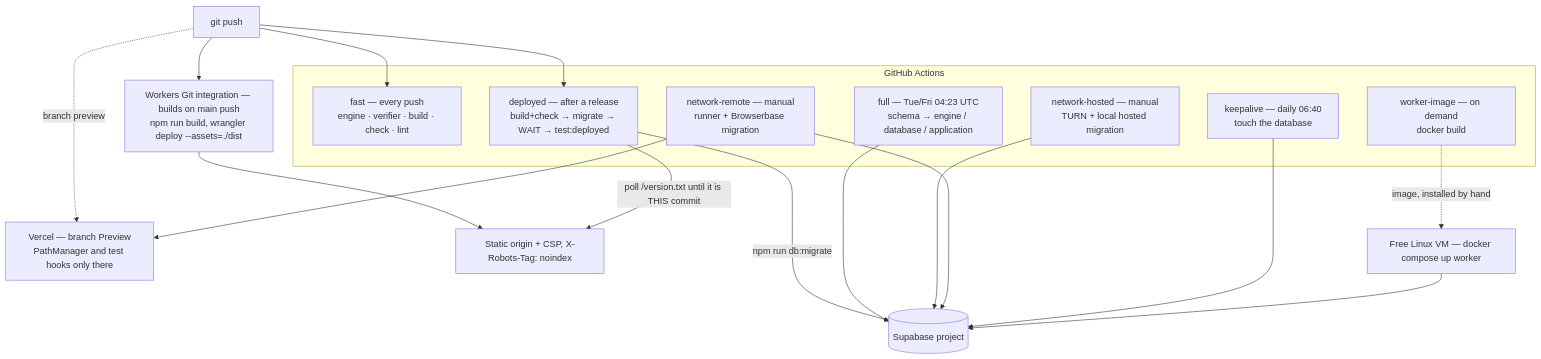
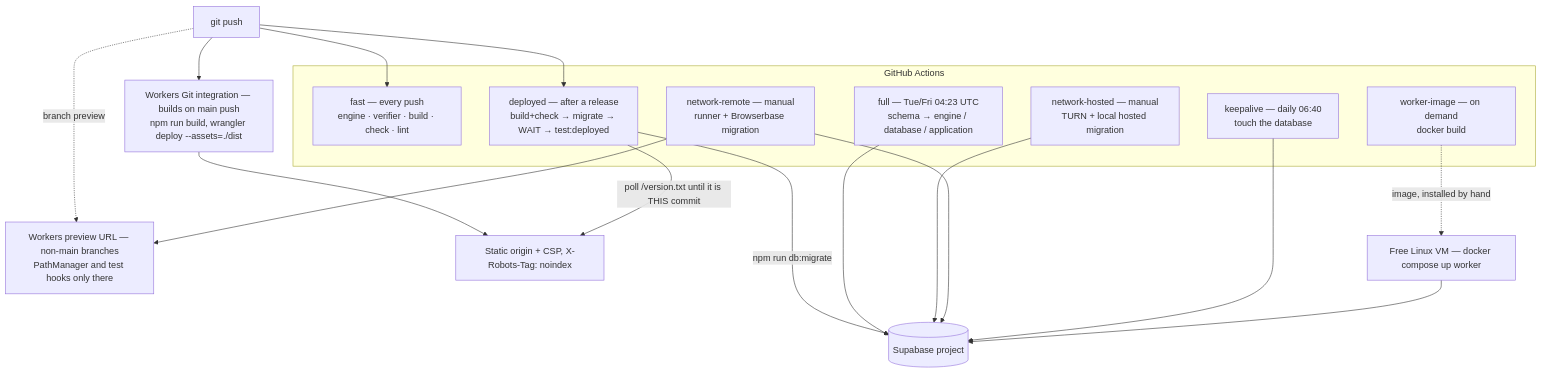
Before and after one commit to sjayan009/fireboy-and-watergirl: diagram 18 of 20 in docs/ARCHITECTURE.MD, drawn with Mermaid. The commit also changed other lines of this file and 24 other files, not shown here.

````diff
--- a/docs/ARCHITECTURE.MD
+++ b/docs/ARCHITECTURE.MD
@@ -1059,32 +1059,32 @@
 ```mermaid
 flowchart TB
     PUSH["git push"]
     subgraph GH["GitHub Actions"]
         FAST["fast — every push<br/>engine · verifier · build · check · lint"]
         FULL["full — Tue/Fri 04:23 UTC<br/>schema → engine / database / application"]
         DEP["deployed — after a release<br/>build+check → migrate → WAIT → test:deployed"]
         KA["keepalive — daily 06:40<br/>touch the database"]
         HOSTED["network-hosted — manual<br/>TURN + local hosted migration"]
         REMOTE["network-remote — manual<br/>runner + Browserbase migration"]
         PR["worker-image — on demand<br/>docker build"]
     end
     WORKERS["Workers Git integration — builds on main push<br/>npm run build, wrangler deploy --assets=./dist"]
-    VERCEL["Vercel — branch Preview<br/>PathManager and test hooks only there"]
+    PREVIEW["Workers preview URL — non-main branches<br/>PathManager and test hooks only there"]
     LIVE["Static origin + CSP, X-Robots-Tag: noindex"]
     SUPA[("Supabase project")]
     VM["Free Linux VM — docker compose up worker"]
 
     PUSH --> FAST
     PUSH --> WORKERS --> LIVE
-    PUSH -. branch preview .-> VERCEL
+    PUSH -. branch preview .-> PREVIEW
     PUSH --> DEP
     DEP -->|"npm run db:migrate"| SUPA
     DEP -->|"poll /version.txt until it is THIS commit"| LIVE
     FULL --> SUPA
     HOSTED --> SUPA
-    REMOTE --> VERCEL
+    REMOTE --> PREVIEW
     REMOTE --> SUPA
     KA --> SUPA
     PR -.->|"image, installed by hand"| VM
     VM --> SUPA
 ```
````
